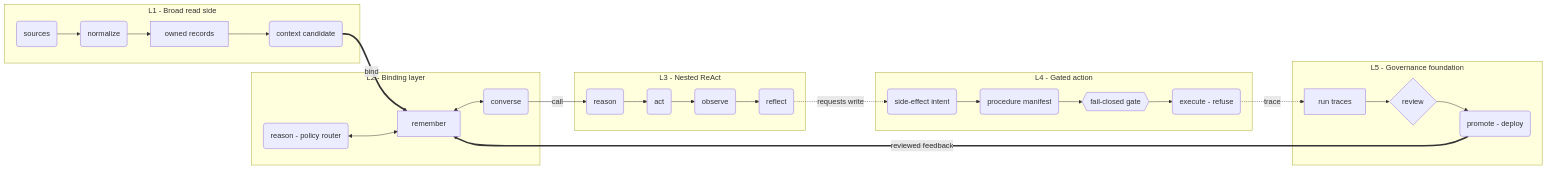
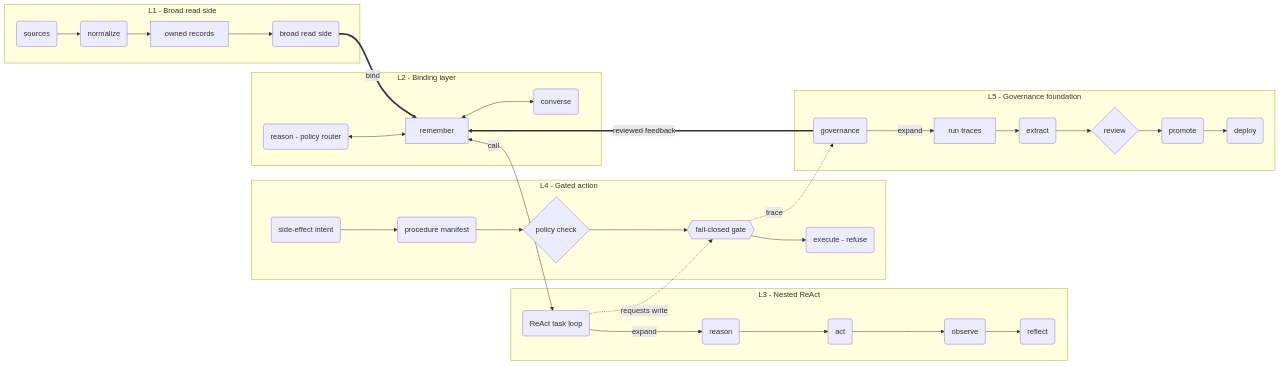
The diagram in src/diagrams/yaaa.mmd (Jarvie8176/portfolio), drawn with Mermaid before and after one commit. The commit also changed 5 other files, not shown here.

First line of the commit message:
feat(diagram): high-level -> per-layer detail drill-in + orthogonal edges

```diff
--- a/src/diagrams/yaaa.mmd
+++ b/src/diagrams/yaaa.mmd
@@ -1,48 +1,58 @@
 flowchart LR
   subgraph grp_l1 ["L1 - Broad read side"]
+    read_side("broad read side")
     sources("sources")
     normalize("normalize")
     owned_records["owned records"]
-    context_candidate("context candidate")
   end
   subgraph grp_l2 ["L2 - Binding layer"]
+    owned_memory_ledger["remember"]
     policy_router("reason - policy router")
-    owned_memory_ledger["remember"]
     converse("converse")
   end
   subgraph grp_l3 ["L3 - Nested ReAct"]
+    react_loop("ReAct task loop")
     reason("reason")
     act("act")
     observe("observe")
     reflect("reflect")
   end
   subgraph grp_l4 ["L4 - Gated action"]
+    fail_closed_gate{{"fail-closed gate"}}
     side_effect_intent("side-effect intent")
     procedure_manifest("procedure manifest")
-    fail_closed_gate{{"fail-closed gate"}}
+    policy_check{"policy check"}
     execute_refuse("execute - refuse")
   end
   subgraph grp_l5 ["L5 - Governance foundation"]
+    governance("governance")
     run_traces["run traces"]
+    extract("extract")
     review{"review"}
-    promote("promote - deploy")
+    promote("promote")
+    deploy("deploy")
   end
 
+  read_side ==>|bind| owned_memory_ledger
+  owned_memory_ledger <-->|call| react_loop
+  react_loop -.->|requests write| fail_closed_gate
+  fail_closed_gate -.->|trace| governance
+  governance ==>|reviewed feedback| owned_memory_ledger
   sources --> normalize
   normalize --> owned_records
-  owned_records --> context_candidate
-  context_candidate ==>|bind| owned_memory_ledger
+  owned_records --> read_side
   policy_router <--> owned_memory_ledger
   owned_memory_ledger <--> converse
-  converse -->|call| reason
+  react_loop -->|expand| reason
   reason --> act
   act --> observe
   observe --> reflect
-  reflect -.->|requests write| side_effect_intent
   side_effect_intent --> procedure_manifest
-  procedure_manifest --> fail_closed_gate
+  procedure_manifest --> policy_check
+  policy_check --> fail_closed_gate
   fail_closed_gate --> execute_refuse
-  execute_refuse -.->|trace| run_traces
-  run_traces --> review
+  governance -->|expand| run_traces
+  run_traces --> extract
+  extract --> review
   review --> promote
-  promote ==>|reviewed feedback| owned_memory_ledger
+  promote --> deploy
```
